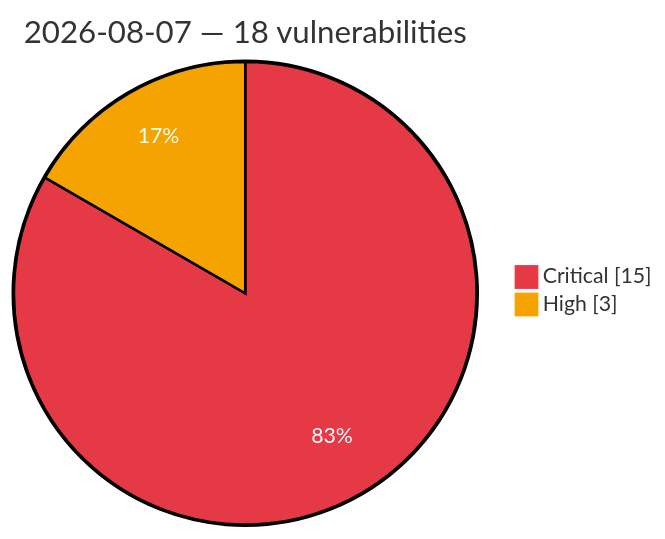
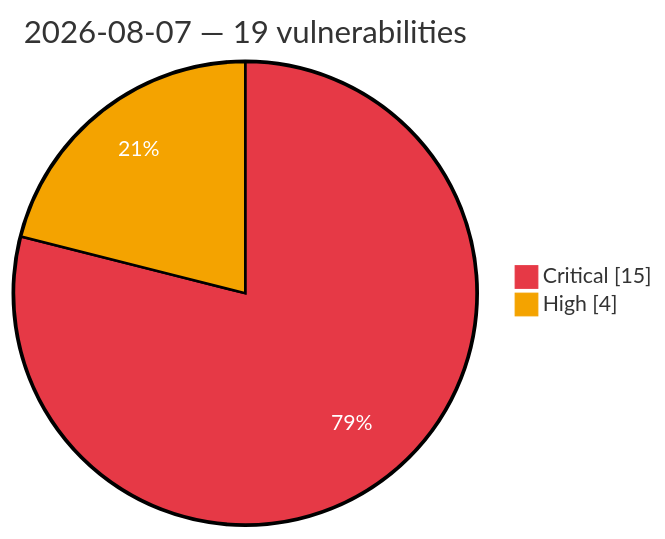
The diagram in vulnerabilities/2026-08-07.md (GhostX0X/vuln-tracker), drawn with Mermaid before and after one commit. The commit also changed other lines of this file and 2 other files, not shown here.

Commit message:
Auto update: critical/high vulns (2026-08-07 10:25 UTC)

````diff
--- a/vulnerabilities/2026-08-07.md
+++ b/vulnerabilities/2026-08-07.md
@@ -3,7 +3,7 @@
 ```mermaid
 %%{init: {'theme':'base', 'themeVariables': {'pie1':'#e63946', 'pie2':'#f4a300', 'pieOpacity':'1', 'pieOuterStrokeWidth':'2px', 'pieSectionTextColor':'#ffffff'}}}%%
 pie showData
-    title 2026-08-07 — 18 vulnerabilities
+    title 2026-08-07 — 19 vulnerabilities
     "Critical" : 15
-    "High" : 3
+    "High" : 4
 ```
````
